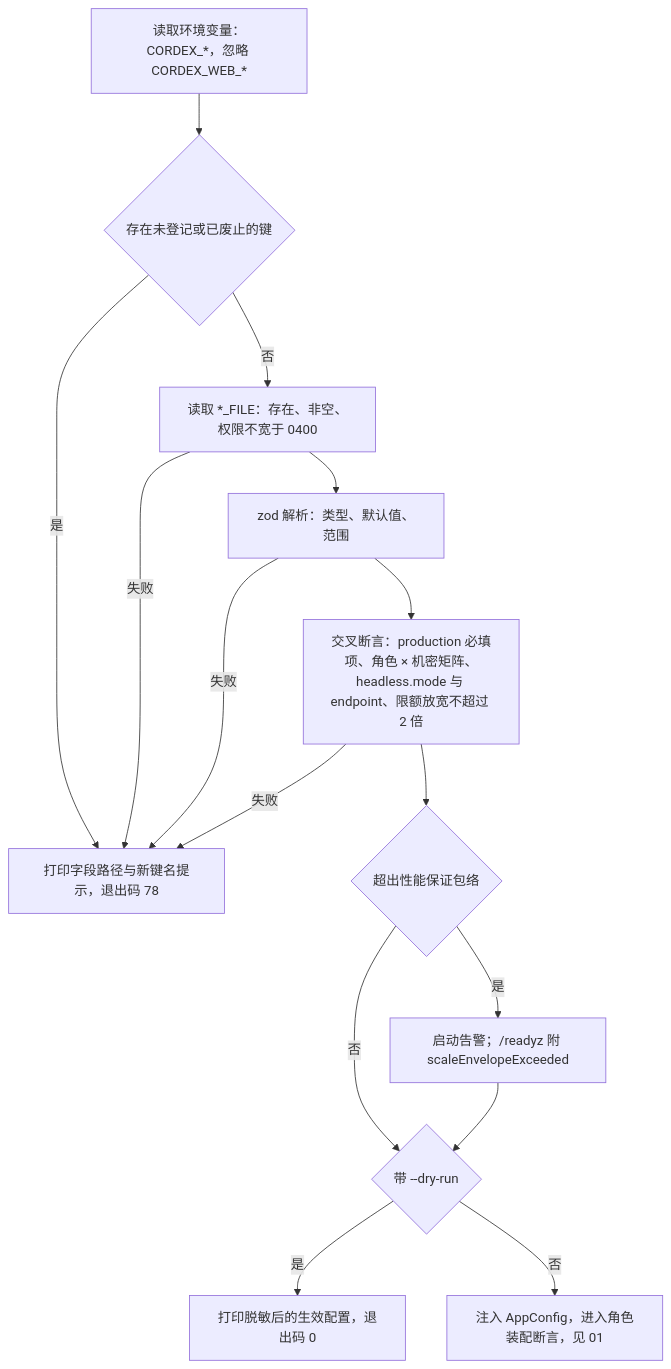
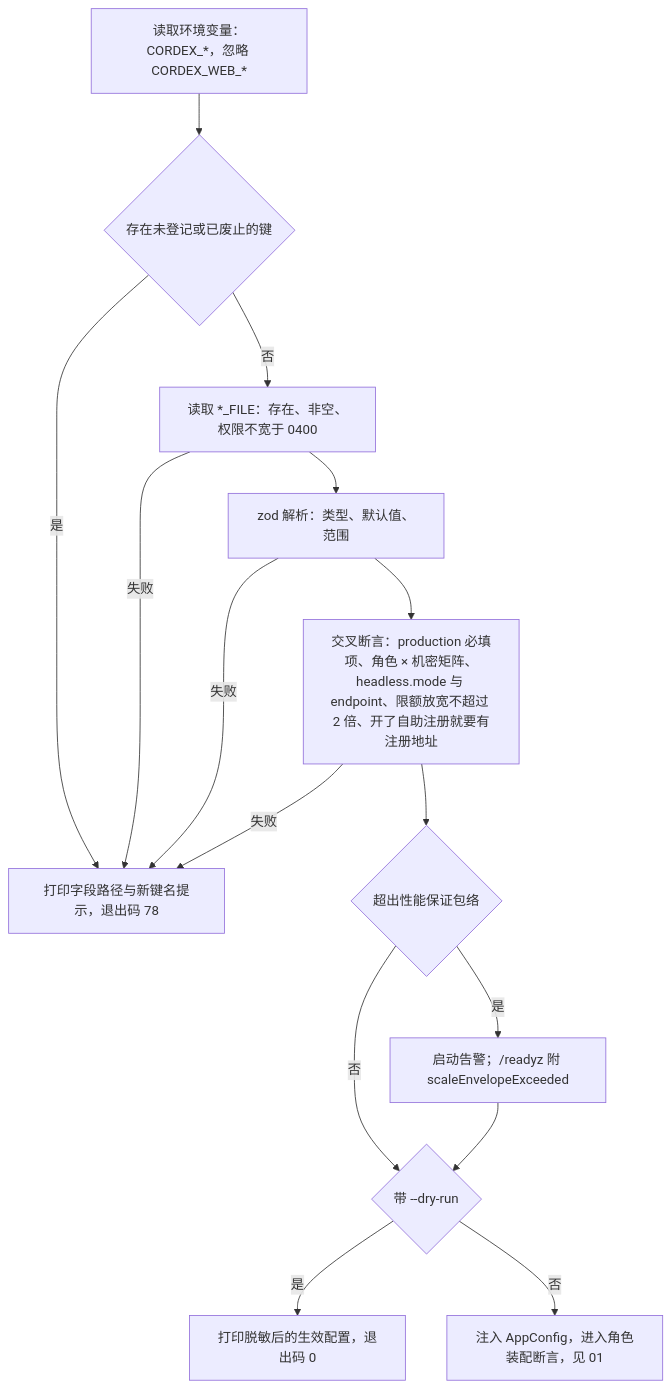
The fifth of 6 diagrams in docs/60-backend/17-deployment-and-config.md (Xeonice/cordis-ppt-editor), drawn with Mermaid before and after one commit. The commit also changed other lines of this file and 19 other files, not shown here.

````diff
--- a/docs/60-backend/17-deployment-and-config.md
+++ b/docs/60-backend/17-deployment-and-config.md
@@ -744,17 +748,17 @@
 ```mermaid
 flowchart TD
   envIn["读取环境变量：CORDEX_*，忽略 CORDEX_WEB_*"] --> unk{"存在未登记或已废止的键"}
   unk -- "是" --> exit78["打印字段路径与新键名提示，退出码 78"]
   unk -- "否" --> files["读取 *_FILE：存在、非空、权限不宽于 0400"]
   files -- "失败" --> exit78
   files --> parse["zod 解析：类型、默认值、范围"]
   parse -- "失败" --> exit78
-  parse --> cross["交叉断言：production 必填项、角色 × 机密矩阵、headless.mode 与 endpoint、限额放宽不超过 2 倍"]
+  parse --> cross["交叉断言：production 必填项、角色 × 机密矩阵、headless.mode 与 endpoint、限额放宽不超过 2 倍、开了自助注册就要有注册地址"]
   cross -- "失败" --> exit78
   cross --> env{"超出性能保证包络"}
   env -- "是" --> warn["启动告警；/readyz 附 scaleEnvelopeExceeded"]
   env -- "否" --> dry{"带 --dry-run"}
   warn --> dry
   dry -- "是" --> print["打印脱敏后的生效配置，退出码 0"]
   dry -- "否" --> start["注入 AppConfig，进入角色装配断言，见 01"]
 ```
````
